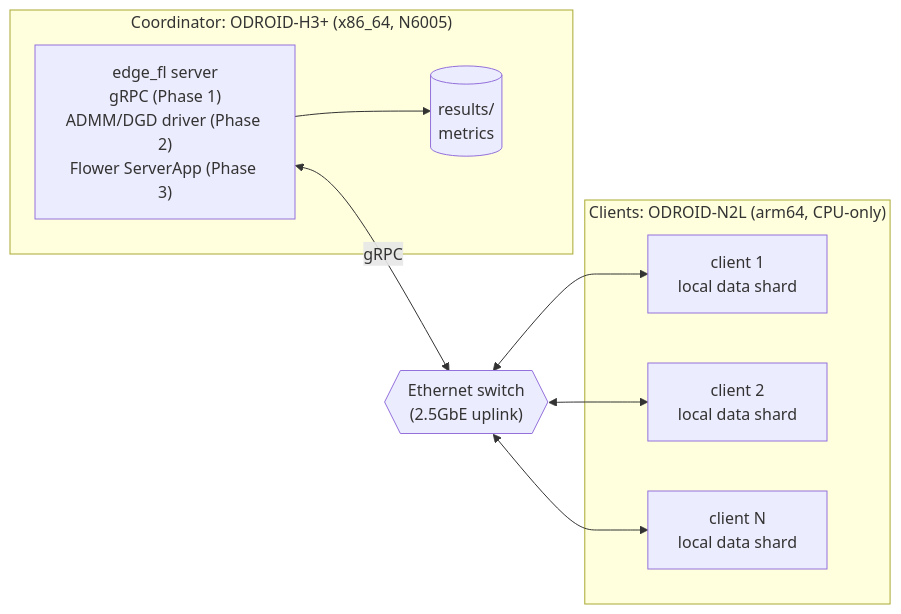
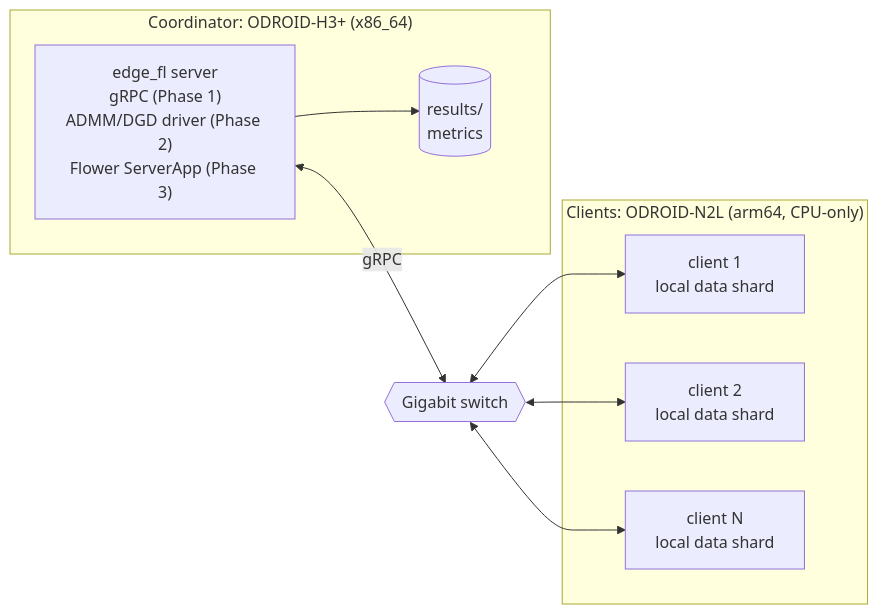
One commit to Abubakar17/edge-fl-testbed changed the second of 2 diagrams in docs/architecture.md. Above: the diagram before and after it, drawn with Mermaid. The commit also changed other lines of this file and 36 other files, not shown here.

````diff
--- a/docs/architecture.md
+++ b/docs/architecture.md
@@ -9,21 +34,21 @@
 ```mermaid
 flowchart LR
-    subgraph Coordinator["Coordinator: ODROID-H3+ (x86_64, N6005)"]
+    subgraph Coordinator["Coordinator: ODROID-H3+ (x86_64)"]
         S["edge_fl server<br/>gRPC (Phase 1)<br/>ADMM/DGD driver (Phase 2)<br/>Flower ServerApp (Phase 3)"]
         M[("results/<br/>metrics")]
         S --> M
     end
 
-    SW{{"Ethernet switch<br/>(2.5GbE uplink)"}}
+    SW{{"Gigabit switch"}}
 
     subgraph Clients["Clients: ODROID-N2L (arm64, CPU-only)"]
         C1["client 1<br/>local data shard"]
         C2["client 2<br/>local data shard"]
         CN["client N<br/>local data shard"]
     end
 
     S <-->|gRPC| SW
     SW <--> C1
     SW <--> C2
     SW <--> CN
 ```
````
